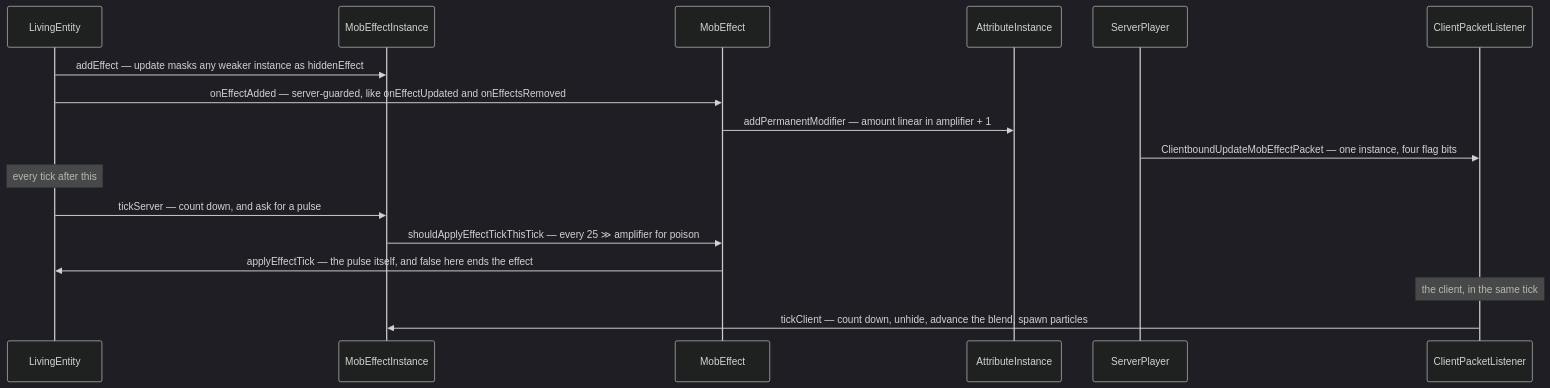
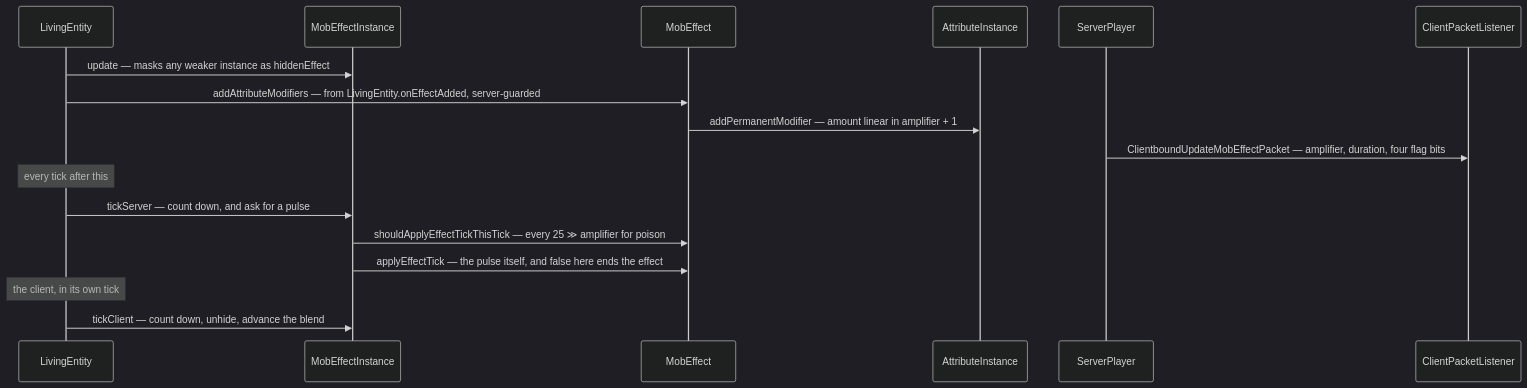
Before and after one commit to AlexanderjFraser/MinecraftDocs: the diagram in src/systems/player/status-effects.md, drawn with Mermaid (dark theme). The commit also changed other lines of this file and 11 other files, not shown here.

````diff
--- a/src/systems/player/status-effects.md
+++ b/src/systems/player/status-effects.md
@@ -84,20 +89,20 @@
 ```mermaid
 sequenceDiagram
     participant LE as LivingEntity
     participant MEI as MobEffectInstance
     participant ME as MobEffect
     participant AttrI as AttributeInstance
     participant SP as ServerPlayer
     participant CPL as ClientPacketListener
 
-    LE->>MEI: addEffect — update masks any weaker instance as hiddenEffect
-    LE->>ME: onEffectAdded — server-guarded, like onEffectUpdated and onEffectsRemoved
+    LE->>MEI: update — masks any weaker instance as hiddenEffect
+    LE->>ME: addAttributeModifiers — from LivingEntity.onEffectAdded, server-guarded
     ME->>AttrI: addPermanentModifier — amount linear in amplifier + 1
-    SP->>CPL: ClientboundUpdateMobEffectPacket — one instance, four flag bits
+    SP->>CPL: ClientboundUpdateMobEffectPacket — amplifier, duration, four flag bits
     Note over LE: every tick after this
     LE->>MEI: tickServer — count down, and ask for a pulse
     MEI->>ME: shouldApplyEffectTickThisTick — every 25 ≫ amplifier for poison
-    ME->>LE: applyEffectTick — the pulse itself, and false here ends the effect
-    Note over CPL: the client, in the same tick
-    CPL->>MEI: tickClient — count down, unhide, advance the blend, spawn particles
+    MEI->>ME: applyEffectTick — the pulse itself, and false here ends the effect
+    Note over LE: the client, in its own tick
+    LE->>MEI: tickClient — count down, unhide, advance the blend
 ```
````
